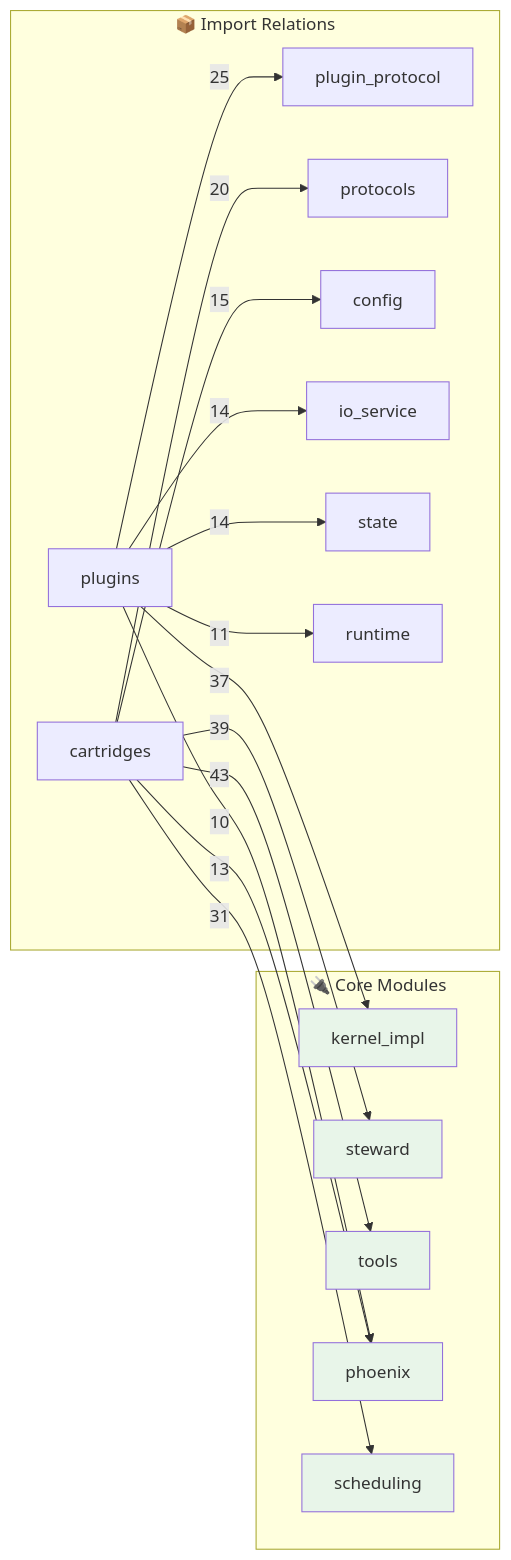
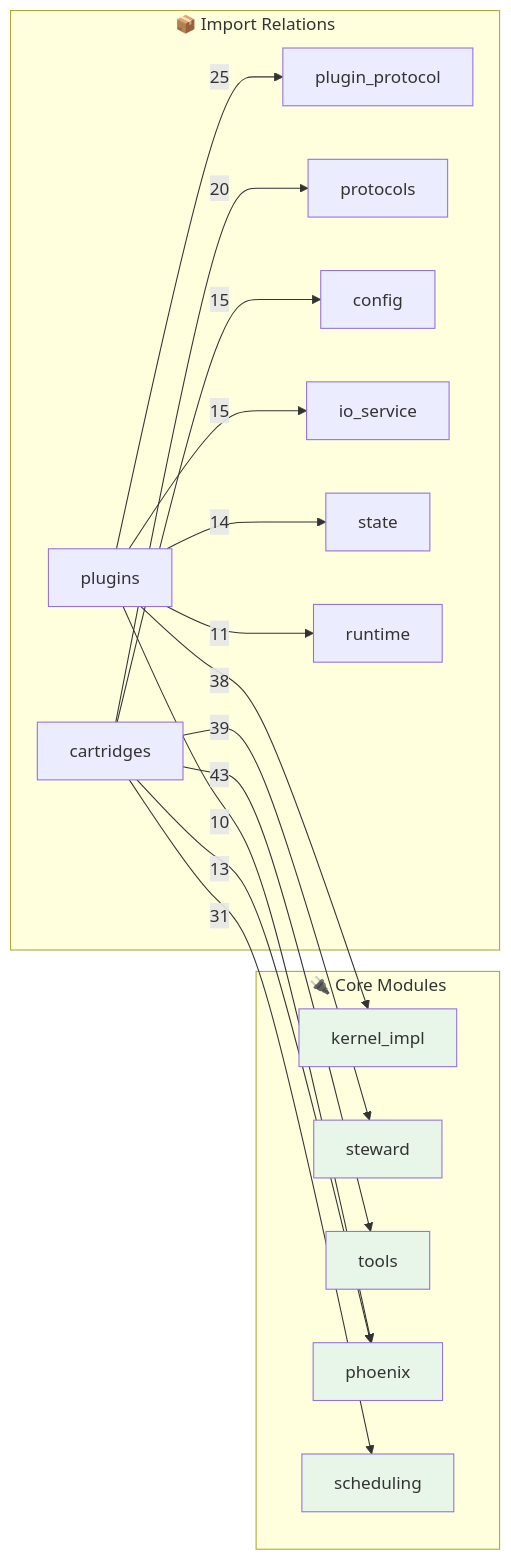
Before and after one commit to kimeisele/steward-protocol: the second of 2 diagrams in OPUS.md, drawn with Mermaid. The commit also changed other lines of this file and 15 other files, not shown here.

````diff
--- a/OPUS.md
+++ b/OPUS.md
@@ -508,31 +508,31 @@
 ```mermaid
 flowchart LR
     subgraph Core["🔌 Core Modules"]
         kernel_impl[kernel_impl]
         steward[steward]
         tools[tools]
         phoenix[phoenix]
         scheduling[scheduling]
     end
 
     subgraph Edges["📦 Import Relations"]
         cartridges -->|43| tools
         cartridges -->|39| steward
-        plugins -->|37| kernel_impl
+        plugins -->|38| kernel_impl
         cartridges -->|31| scheduling
         plugins -->|25| plugin_protocol
         cartridges -->|20| protocols
         cartridges -->|15| config
-        plugins -->|14| io_service
+        plugins -->|15| io_service
         plugins -->|14| state
         cartridges -->|13| phoenix
         plugins -->|11| runtime
         plugins -->|10| phoenix
     end
 
     style kernel_impl fill:#e8f5e9
     style steward fill:#e8f5e9
     style tools fill:#e8f5e9
     style phoenix fill:#e8f5e9
     style scheduling fill:#e8f5e9
 ```
````
